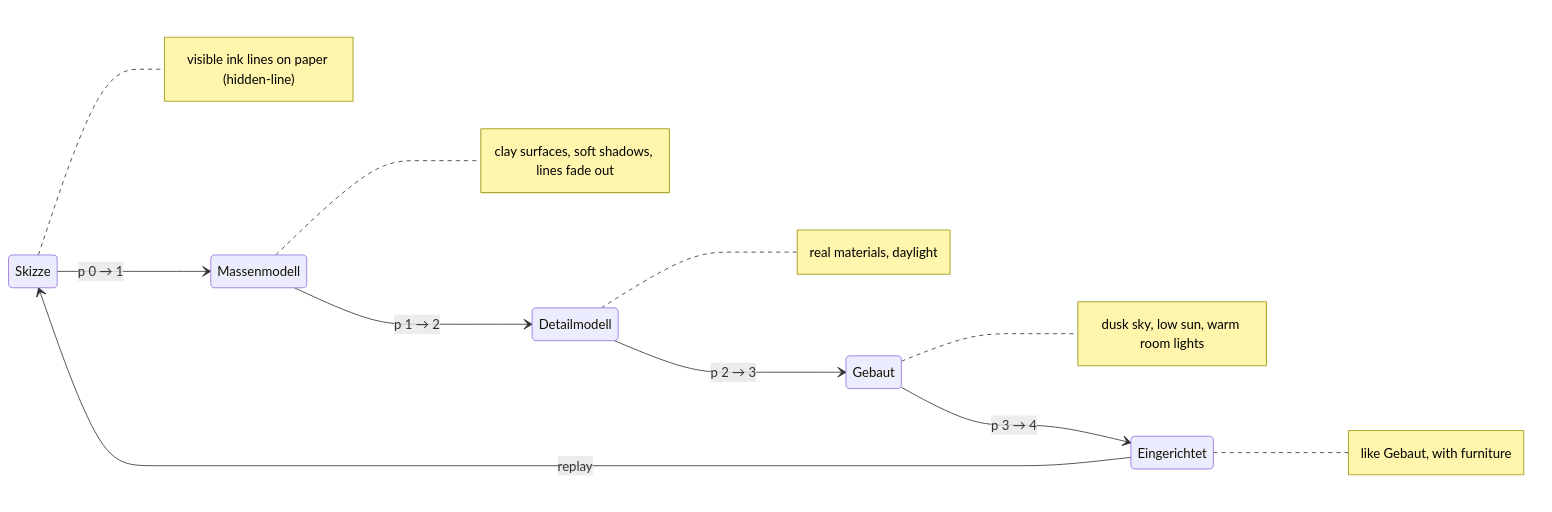
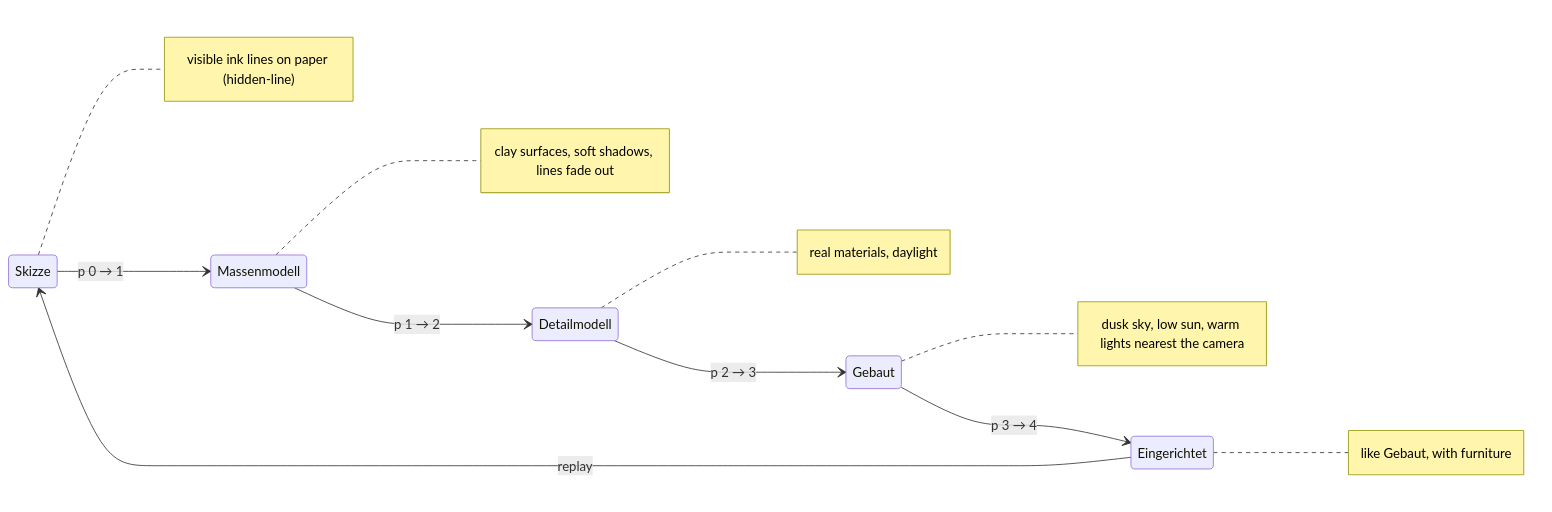
One commit to tillg/frechen_blender changed the third of 4 diagrams in specs/system/domain.md. Above: the diagram before and after it, drawn with Mermaid. The commit also changed other lines of this file and 13 other files, not shown here.

Commit message:
Viewer lights: off by day; at dusk only the 6 rooms and 2 outside lamps nearest the camera (fixed light pool, own storey first, cut-off fade, dusk shaders prewarmed at load); ?hires=on gives full quality for the film capture (all lights, full pixel ratio, grass indoors)

````diff
--- a/specs/system/domain.md
+++ b/specs/system/domain.md
@@ -115,14 +121,14 @@
 ```mermaid
 stateDiagram-v2
     direction LR
     Skizze --> Massenmodell: p 0 → 1
     Massenmodell --> Detailmodell: p 1 → 2
     Detailmodell --> Gebaut: p 2 → 3
     Gebaut --> Eingerichtet: p 3 → 4
     Eingerichtet --> Skizze: replay
     note right of Skizze: visible ink lines on paper (hidden-line)
     note right of Massenmodell: clay surfaces, soft shadows, lines fade out
     note right of Detailmodell: real materials, daylight
-    note right of Gebaut: dusk sky, low sun, warm room lights
+    note right of Gebaut: dusk sky, low sun, warm lights nearest the camera
     note right of Eingerichtet: like Gebaut, with furniture
 ```
````
